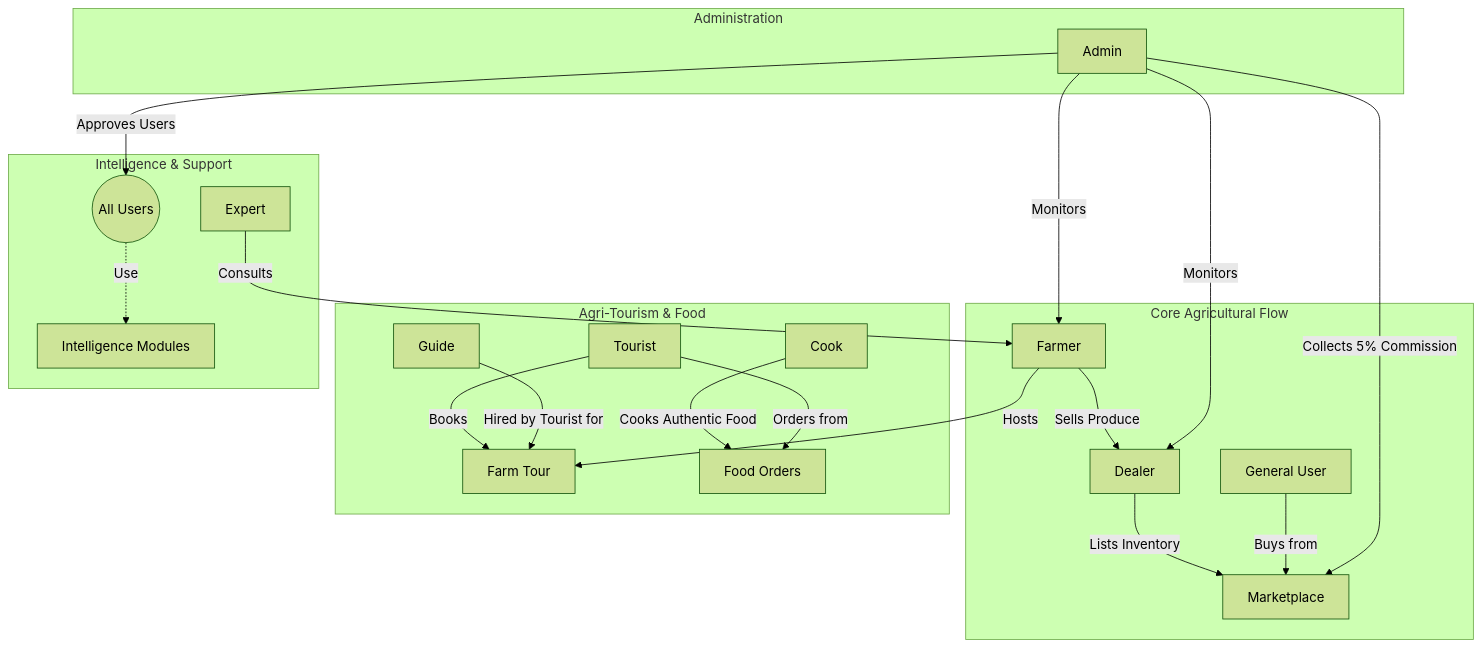
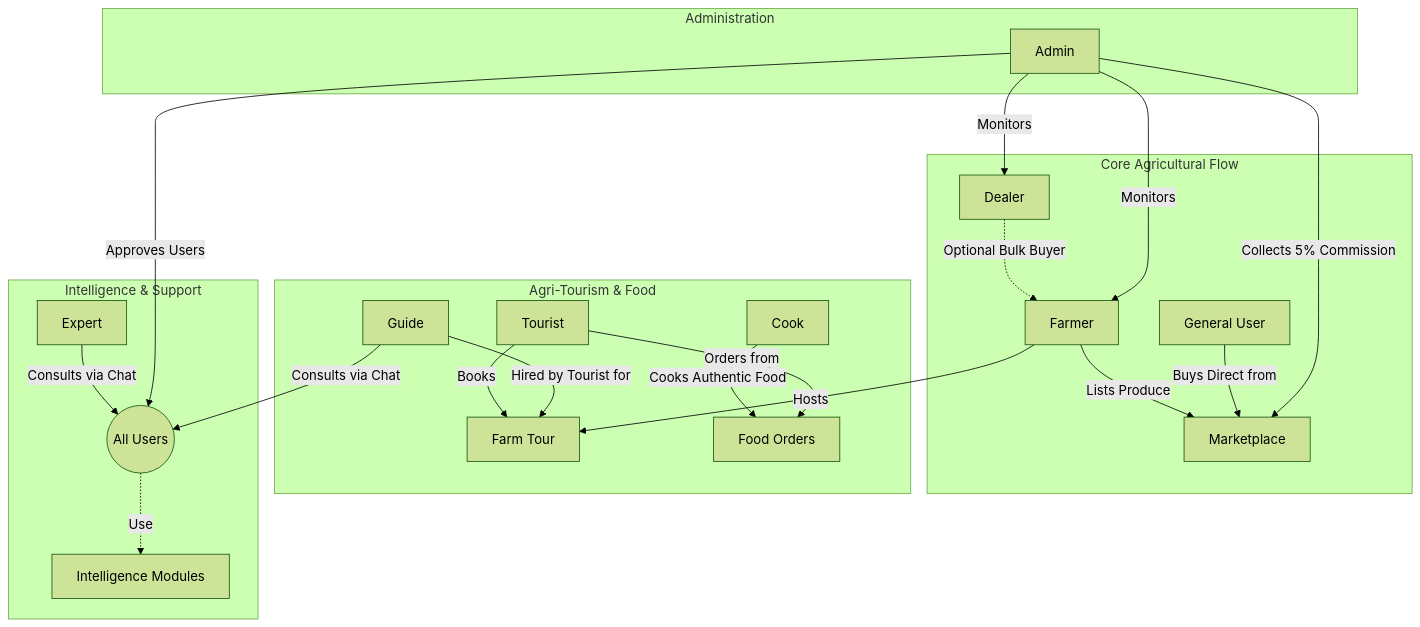
The first of 2 diagrams in README.md (Nazmul1005/Krishi-Disha), drawn with Mermaid (forest theme) before and after one commit. The commit also changed other lines of this file and 1 other file, not shown here.

````diff
--- a/README.md
+++ b/README.md
@@ -11,28 +11,29 @@
 ```mermaid
 graph TD
     subgraph Core Agricultural Flow
-        F[Farmer] -->|Sells Produce| D[Dealer]
-        D -->|Lists Inventory| M[Marketplace]
-        U[General User] -->|Buys from| M
+        F[Farmer] -->|Lists Produce| M[Marketplace]
+        U[General User] -->|Buys Direct from| M
+        D[Dealer] -.->|Optional Bulk Buyer| F
     end
 
     subgraph Agri-Tourism & Food
         F -->|Hosts| T[Farm Tour]
         To[Tourist] -->|Books| T
         G[Guide] -->|Hired by Tourist for| T
         C[Cook] -->|Cooks Authentic Food| FO[Food Orders]
         To -->|Orders from| FO
     end
 
     subgraph Intelligence & Support
-        E[Expert] -->|Consults| F
         AllUsers((All Users)) -.->|Use| Modules[Intelligence Modules]
+        E[Expert] -->|Consults via Chat| AllUsers
+        G -->|Consults via Chat| AllUsers
     end
 
     subgraph Administration
         A[Admin] -->|Monitors| F
         A -->|Monitors| D
         A -->|Collects 5% Commission| M
         A -->|Approves Users| AllUsers
     end
 ```
````
